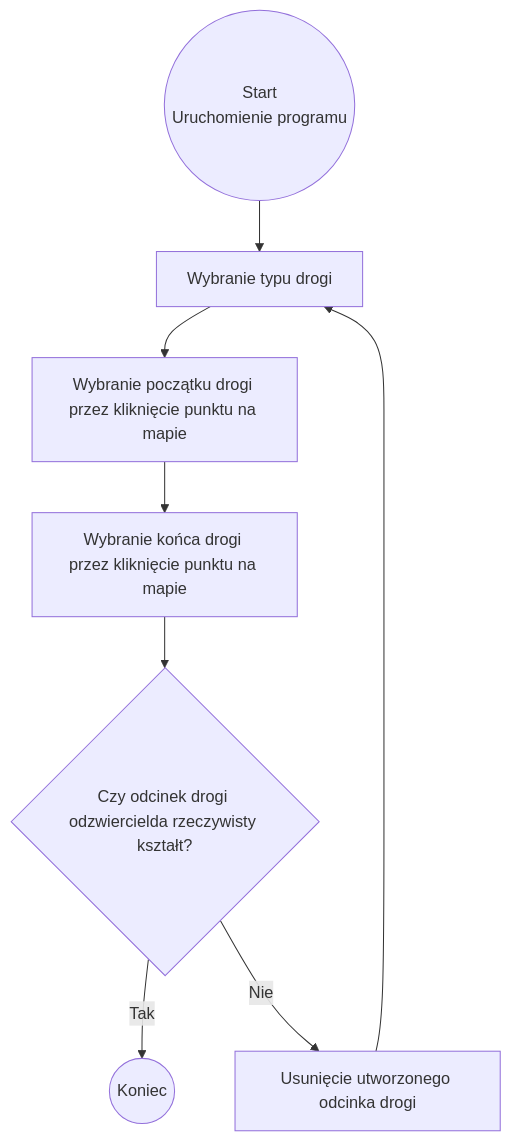
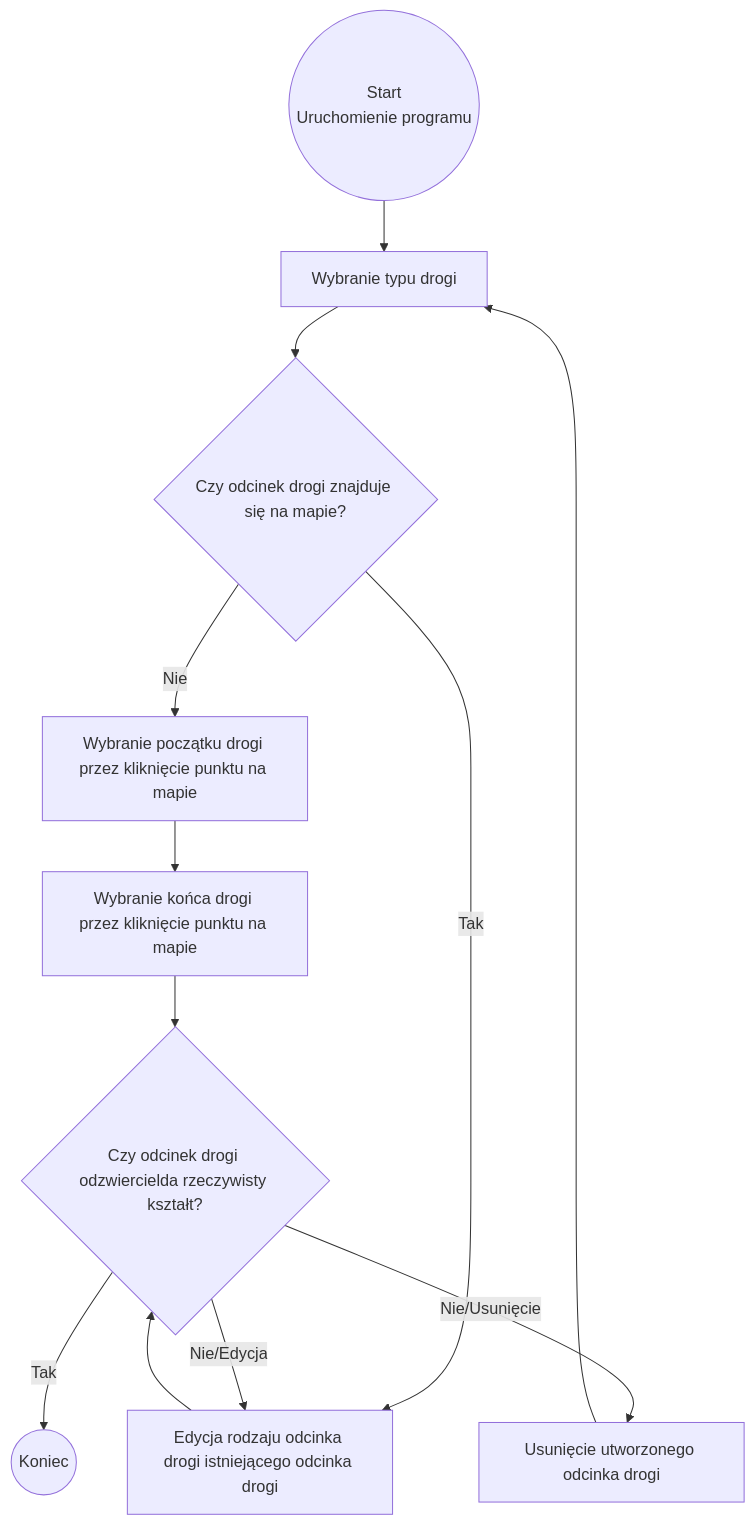
The diagram in docs/user_flow.md (Vomiroy/Symulator-ruchu-drogowego), drawn with Mermaid before and after one commit.

Commit message:
Enhance user flow diagram with new conditions
Added conditional flow for road segment existence and editing.

````diff
--- a/docs/user_flow.md
+++ b/docs/user_flow.md
@@ -1,11 +1,16 @@
 ```mermaid
 flowchart TD
     A((Start
 Uruchomienie programu)) --> B[Wybranie typu drogi]
-    B --> C[Wybranie początku drogi przez kliknięcie punktu na mapie]
+
+    B --> B1{Czy odcinek drogi znajduje się na mapie?}
+    B1 -- Nie --> C[Wybranie początku drogi przez kliknięcie punktu na mapie]
+    B1 -- Tak --> B2[Edycja rodzaju odcinka drogi istniejącego odcinka drogi]
+    B2 --> E
     C --> D[Wybranie końca drogi przez kliknięcie punktu na mapie]
     D --> E{Czy odcinek drogi odzwiercielda rzeczywisty kształt?}
     E -- Tak --> F((Koniec))
-    E -- Nie --> G[Usunięcie utworzonego odcinka drogi]
+    E -- Nie/Usunięcie --> G[Usunięcie utworzonego odcinka drogi]
+    E -- Nie/Edycja --> B2 
     G --> B  
 ```
````
